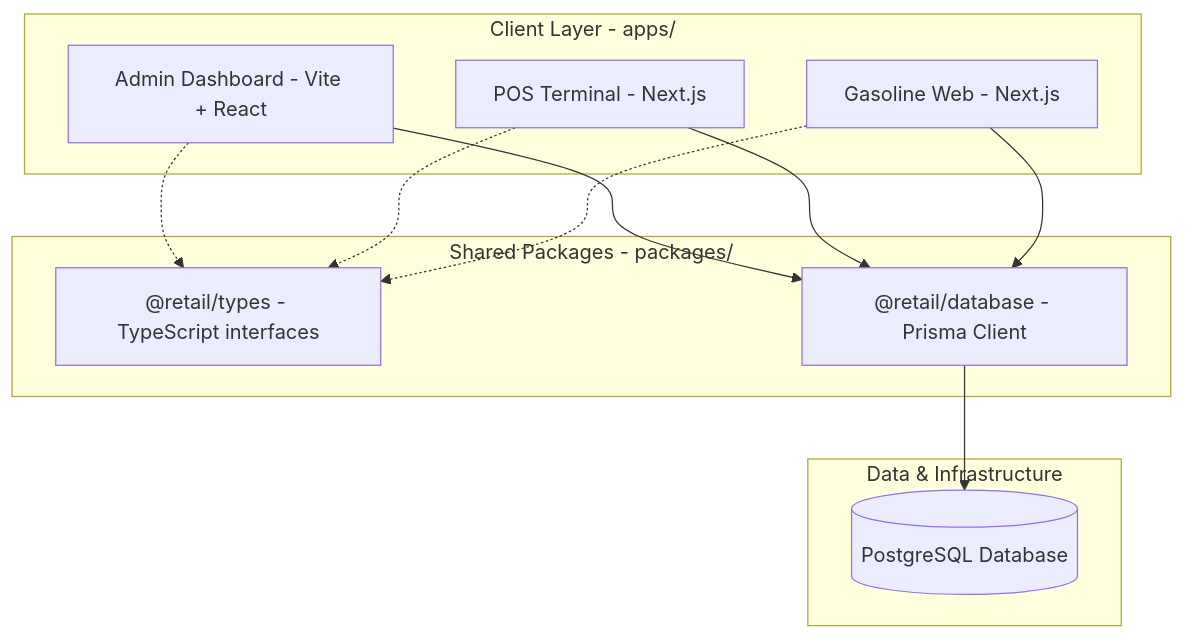
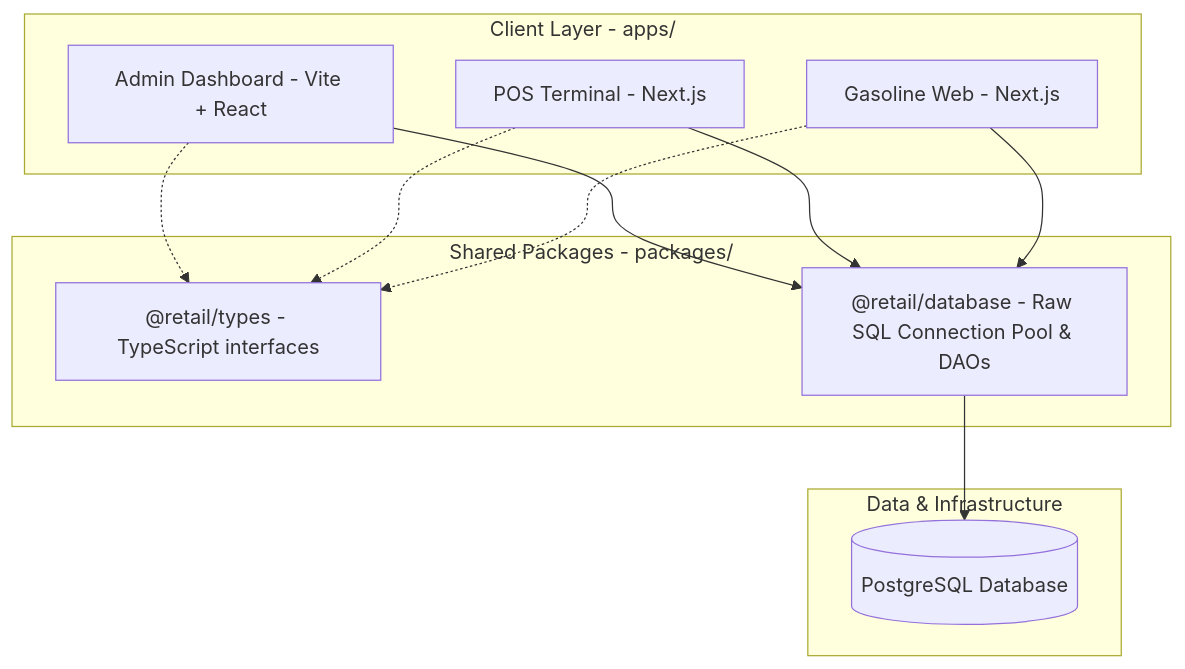
The diagram in README.md (kamaldev10/retail-platform), drawn with Mermaid before and after one commit. The commit also changed other lines of this file and 24 other files, not shown here.

Commit message:
refactor(database): replace prisma with raw sql and pg driver

````diff
--- a/README.md
+++ b/README.md
@@ -39,27 +39,27 @@
 ```mermaid
 graph TD
     subgraph Clients ["Client Layer - apps/"]
         ViteAdmin["Admin Dashboard - Vite + React"]
         NextPOS["POS Terminal - Next.js"]
         NextWeb["Gasoline Web - Next.js"]
     end
 
     subgraph Core ["Shared Packages - packages/"]
         Types["@retail/types - TypeScript interfaces"]
-        DBPkg["@retail/database - Prisma Client"]
+        DBPkg["@retail/database - Raw SQL Connection Pool & DAOs"]
     end
 
     subgraph Data ["Data & Infrastructure"]
         PG[("PostgreSQL Database")]
     end
 
     ViteAdmin -.-> Types
     NextPOS -.-> Types
     NextWeb -.-> Types
 
     ViteAdmin --> DBPkg
     NextPOS --> DBPkg
     NextWeb --> DBPkg
 
     DBPkg --> PG
 ```
````
